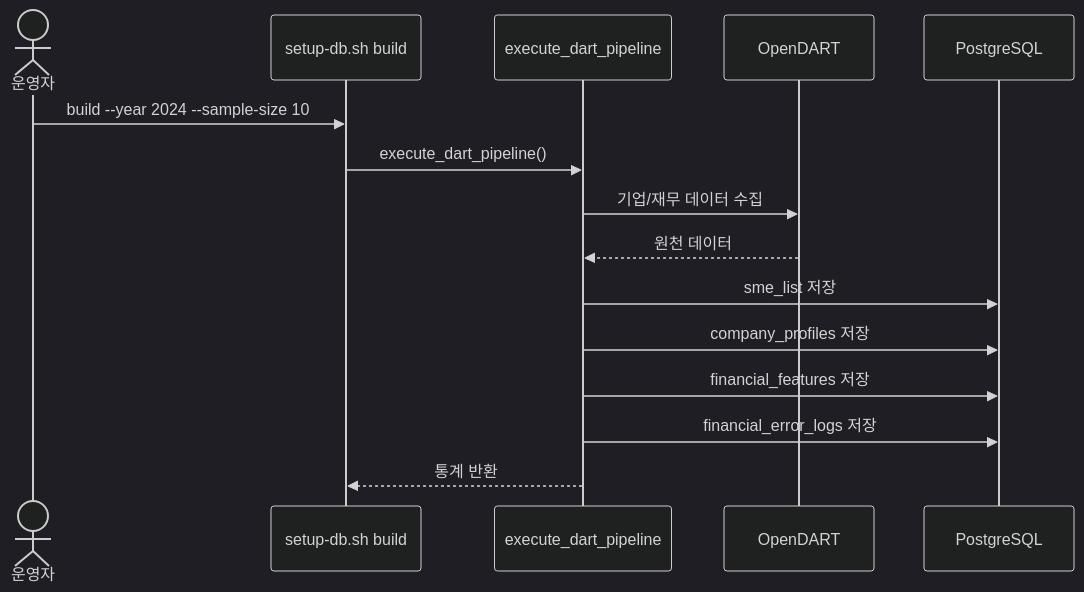
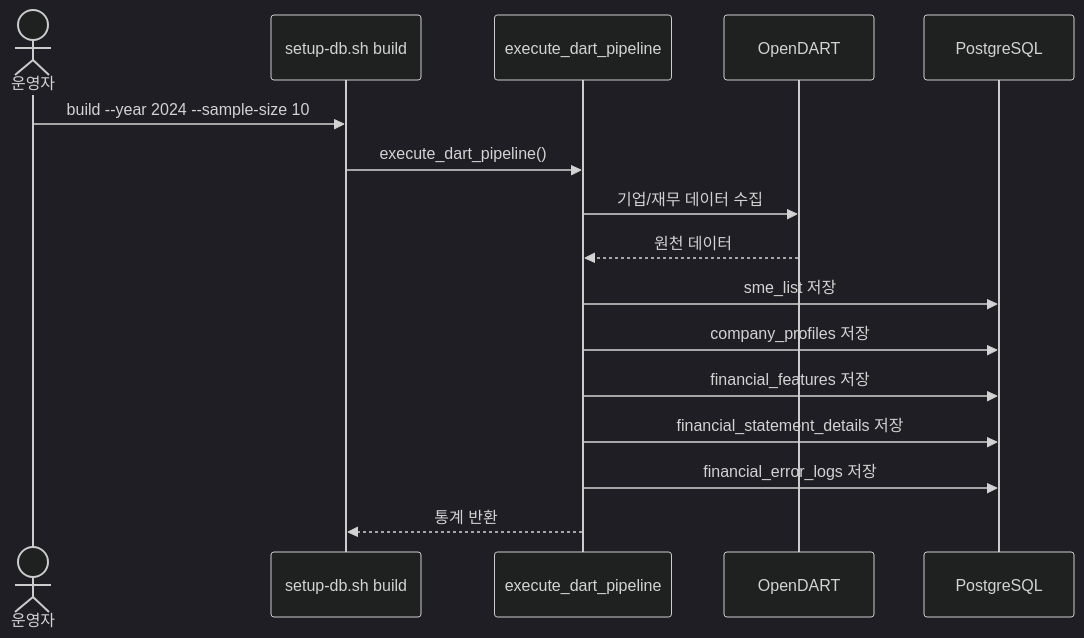
Before and after one commit to hypoxisaurea/FinAgent-SME: the third of 3 diagrams in docs/design/sequence-diagram.md, drawn with Mermaid (dark theme). The commit also changed other lines of this file and 4 other files, not shown here.

````diff
--- a/docs/design/sequence-diagram.md
+++ b/docs/design/sequence-diagram.md
@@ -118,18 +118,19 @@
 ```mermaid
 sequenceDiagram
     actor Operator as 운영자
     participant CLI as setup-db.sh build
     participant SVC as execute_dart_pipeline
     participant DART as OpenDART
     participant DB as PostgreSQL
 
     Operator->>CLI: build --year 2024 --sample-size 10
     CLI->>SVC: execute_dart_pipeline()
     SVC->>DART: 기업/재무 데이터 수집
     DART-->>SVC: 원천 데이터
     SVC->>DB: sme_list 저장
     SVC->>DB: company_profiles 저장
     SVC->>DB: financial_features 저장
+    SVC->>DB: financial_statement_details 저장
     SVC->>DB: financial_error_logs 저장
     SVC-->>CLI: 통계 반환
 ```
````
